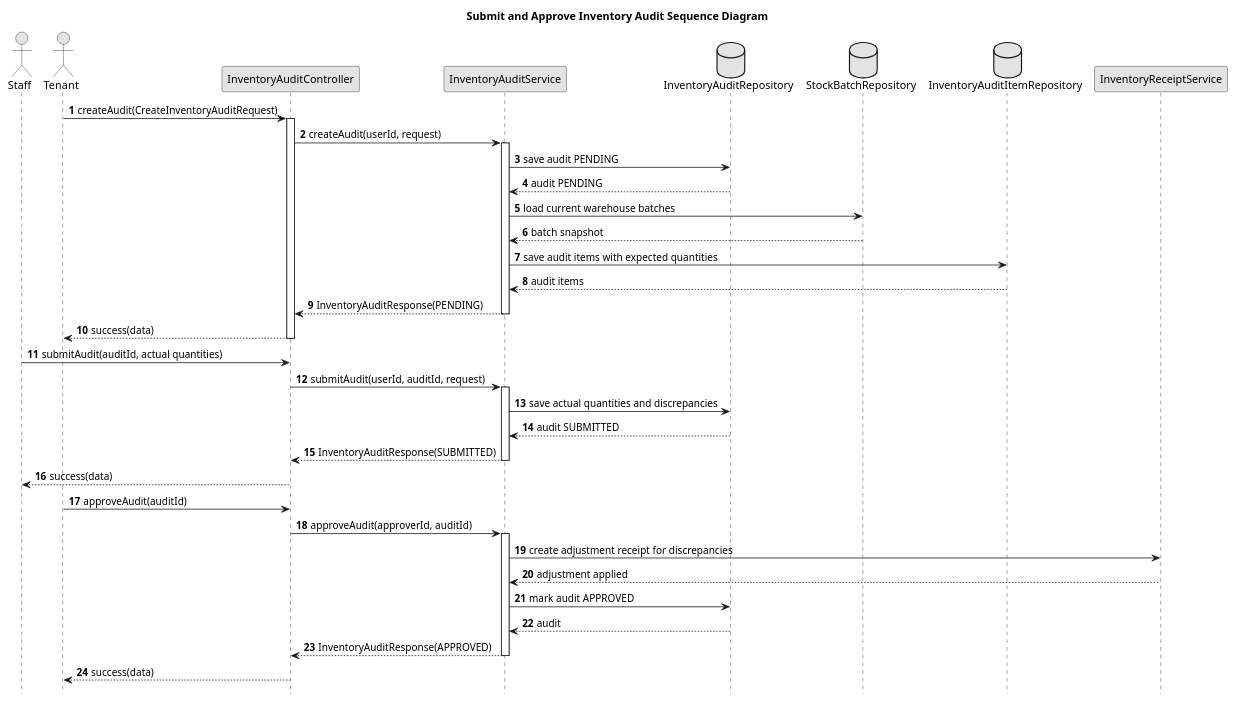
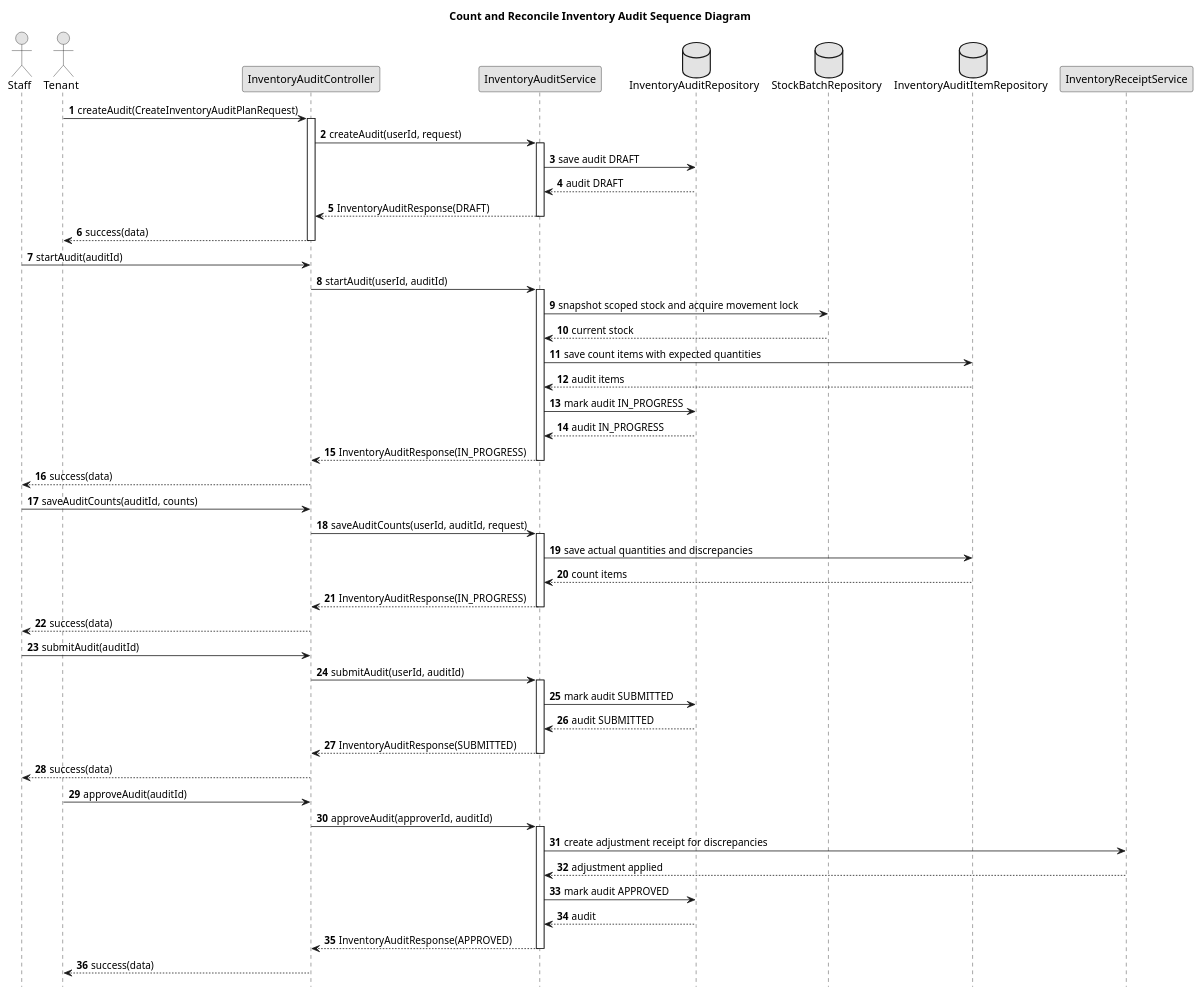
Before and after one commit to vinhleechem/StockSpace_BE: the second of 3 diagrams in docs/review3/diagrams/inventory-audit.md, drawn with PlantUML. The commit also changed other lines of this file and 20 other files, not shown here.

Commit message:
feat: implement inventory audit system with entity definitions, service layer, controller, database migrations, and supporting chatbot tools.

````diff
--- a/docs/review3/diagrams/inventory-audit.md
+++ b/docs/review3/diagrams/inventory-audit.md
@@ -56,54 +69,72 @@
 ```plantuml
 @startuml
-title Submit and Approve Inventory Audit Sequence Diagram
+title Count and Reconcile Inventory Audit Sequence Diagram
 skinparam monochrome true
 skinparam shadowing false
 skinparam backgroundColor transparent
 hide footbox
 autonumber
 
 actor Staff
 actor Tenant
 participant "InventoryAuditController" as Controller
 participant "InventoryAuditService" as Service
 database "InventoryAuditRepository" as AuditRepo
 database "StockBatchRepository" as StockRepo
 database "InventoryAuditItemRepository" as ItemRepo
 participant "InventoryReceiptService" as ReceiptService
 
-Tenant -> Controller: createAudit(CreateInventoryAuditRequest)
+Tenant -> Controller: createAudit(CreateInventoryAuditPlanRequest)
 activate Controller
 Controller -> Service: createAudit(userId, request)
 activate Service
-Service -> AuditRepo: save audit PENDING
-AuditRepo --> Service: audit PENDING
-Service -> StockRepo: load current warehouse batches
-StockRepo --> Service: batch snapshot
-Service -> ItemRepo: save audit items with expected quantities
-ItemRepo --> Service: audit items
-Service --> Controller: InventoryAuditResponse(PENDING)
+Service -> AuditRepo: save audit DRAFT
+AuditRepo --> Service: audit DRAFT
+Service --> Controller: InventoryAuditResponse(DRAFT)
 deactivate Service
 Controller --> Tenant: success(data)
 deactivate Controller
 
-Staff -> Controller: submitAudit(auditId, actual quantities)
-Controller -> Service: submitAudit(userId, auditId, request)
+Staff -> Controller: startAudit(auditId)
+Controller -> Service: startAudit(userId, auditId)
 activate Service
-Service -> AuditRepo: save actual quantities and discrepancies
+Service -> StockRepo: snapshot scoped stock and acquire movement lock
+StockRepo --> Service: current stock
+Service -> ItemRepo: save count items with expected quantities
+ItemRepo --> Service: audit items
+Service -> AuditRepo: mark audit IN_PROGRESS
+AuditRepo --> Service: audit IN_PROGRESS
+Service --> Controller: InventoryAuditResponse(IN_PROGRESS)
+deactivate Service
+Controller --> Staff: success(data)
+
+Staff -> Controller: saveAuditCounts(auditId, counts)
+Controller -> Service: saveAuditCounts(userId, auditId, request)
+activate Service
+Service -> ItemRepo: save actual quantities and discrepancies
+ItemRepo --> Service: count items
+Service --> Controller: InventoryAuditResponse(IN_PROGRESS)
+deactivate Service
+Controller --> Staff: success(data)
+
+Staff -> Controller: submitAudit(auditId)
+Controller -> Service: submitAudit(userId, auditId)
+activate Service
+Service -> AuditRepo: mark audit SUBMITTED
 AuditRepo --> Service: audit SUBMITTED
 Service --> Controller: InventoryAuditResponse(SUBMITTED)
 deactivate Service
 Controller --> Staff: success(data)
 
 Tenant -> Controller: approveAudit(auditId)
 Controller -> Service: approveAudit(approverId, auditId)
 activate Service
 Service -> ReceiptService: create adjustment receipt for discrepancies
 ReceiptService --> Service: adjustment applied
 Service -> AuditRepo: mark audit APPROVED
 AuditRepo --> Service: audit
 Service --> Controller: InventoryAuditResponse(APPROVED)
 deactivate Service
 Controller --> Tenant: success(data)
 @enduml
 ```
````
